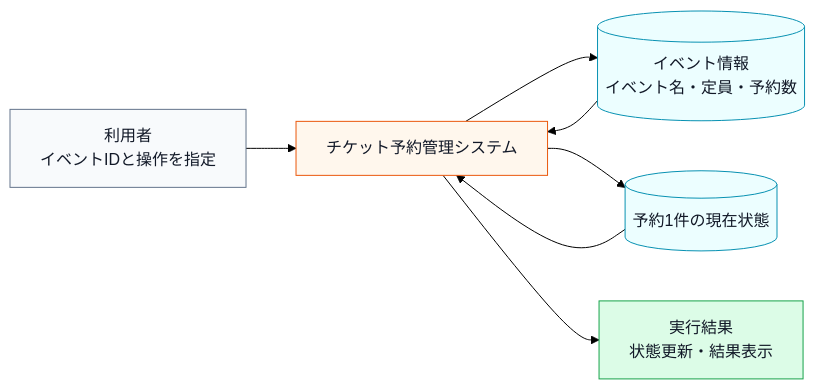
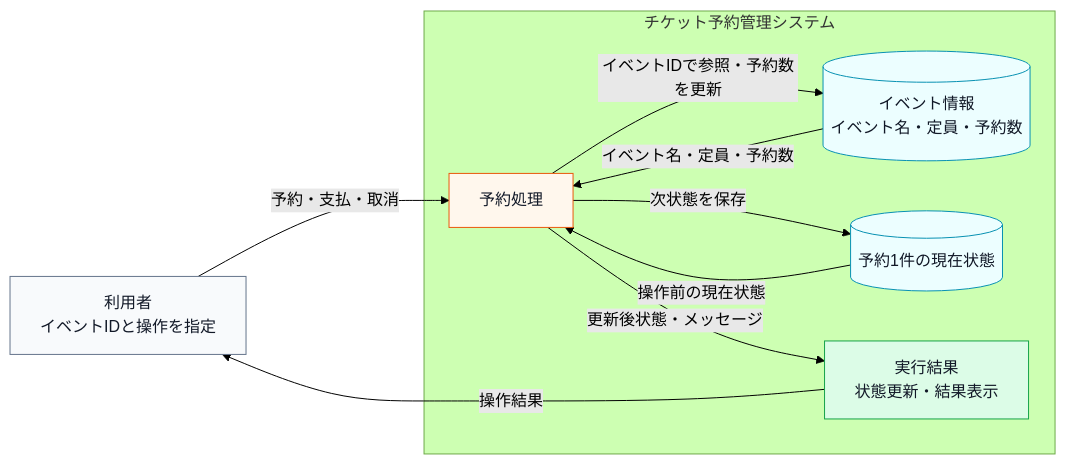
One commit to kumachan1101-pixel/DesignPattern changed the first of 16 diagrams in kindle/design-patterns/output/chapter03.md. Above: the diagram before and after it, drawn with Mermaid (forest theme). The commit also changed other lines of this file and 13 other files, not shown here.

````diff
--- a/kindle/design-patterns/output/chapter03.md
+++ b/kindle/design-patterns/output/chapter03.md
@@ -46,18 +48,27 @@
 ```mermaid
 flowchart LR
-    U["利用者<br>イベントIDと操作を指定"] --> T["チケット予約管理システム"]
-    T --> D[("イベント情報<br>イベント名・定員・予約数")]
-    D --> T
-    T --> S[("予約1件の現在状態")]
-    S --> T
-    T --> R["実行結果<br>状態更新・結果表示"]
+    U["利用者<br>イベントIDと操作を指定"] -->|"予約・支払・取消"| T
+
+    subgraph RESERVATION["チケット予約管理システム"]
+        T["予約処理"]
+        D[("イベント情報<br>イベント名・定員・予約数")]
+        S[("予約1件の現在状態")]
+        R["実行結果<br>状態更新・結果表示"]
+        T -->|"イベントIDで参照・予約数を更新"| D
+        D -->|"イベント名・定員・予約数"| T
+        T -->|"次状態を保存"| S
+        S -->|"操作前の現在状態"| T
+        T -->|"更新後状態・メッセージ"| R
+    end
+
+    R -->|"操作結果"| U
 
     classDef actor fill:#f8fafc,stroke:#64748b,color:#111827;
     classDef data fill:#ecfeff,stroke:#0891b2,color:#111827;
     classDef process fill:#fff7ed,stroke:#ea580c,color:#111827;
     classDef result fill:#dcfce7,stroke:#16a34a,color:#111827;
     class U actor;
     class D,S data;
     class T process;
     class R result;
 ```
````
